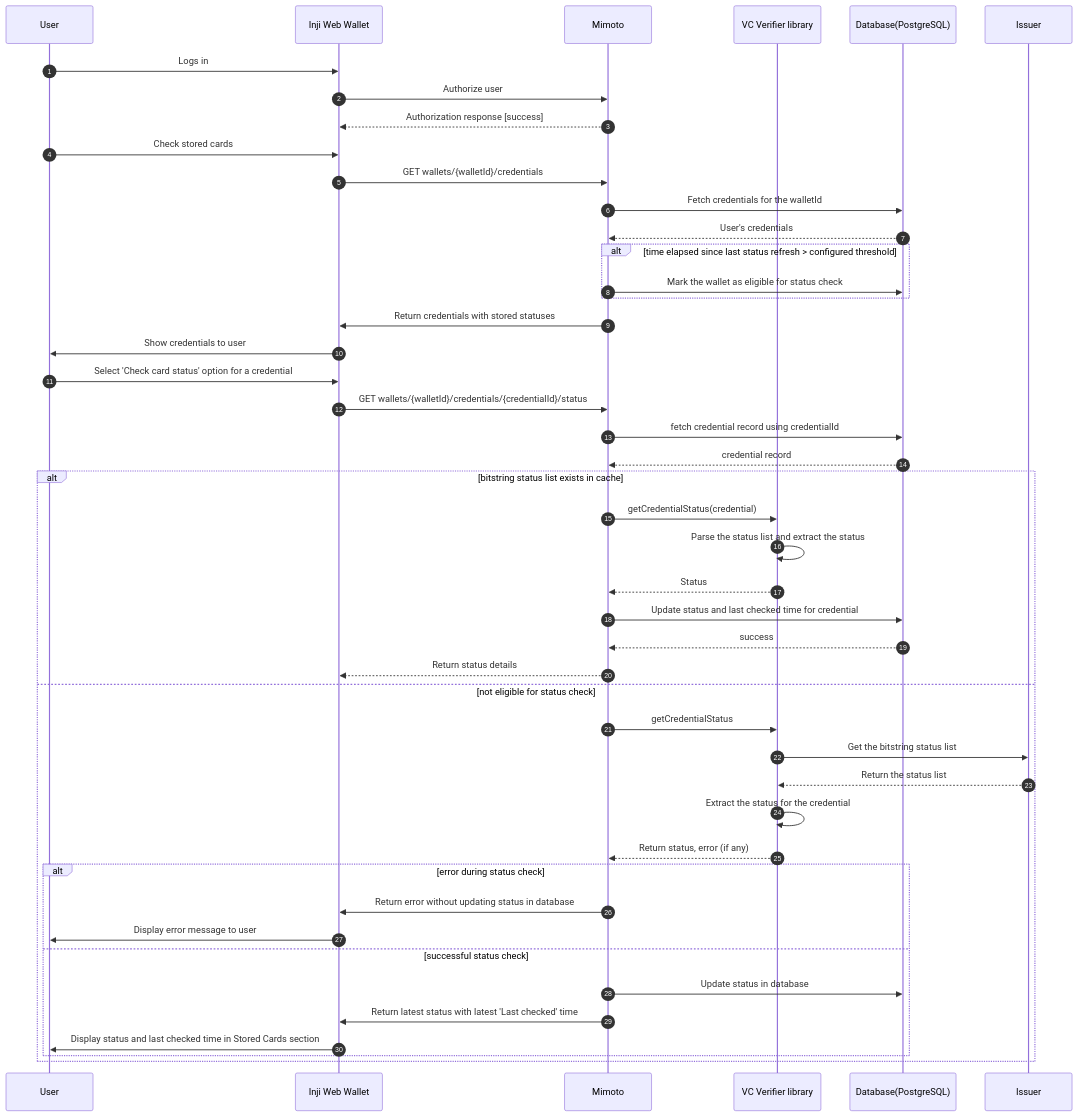
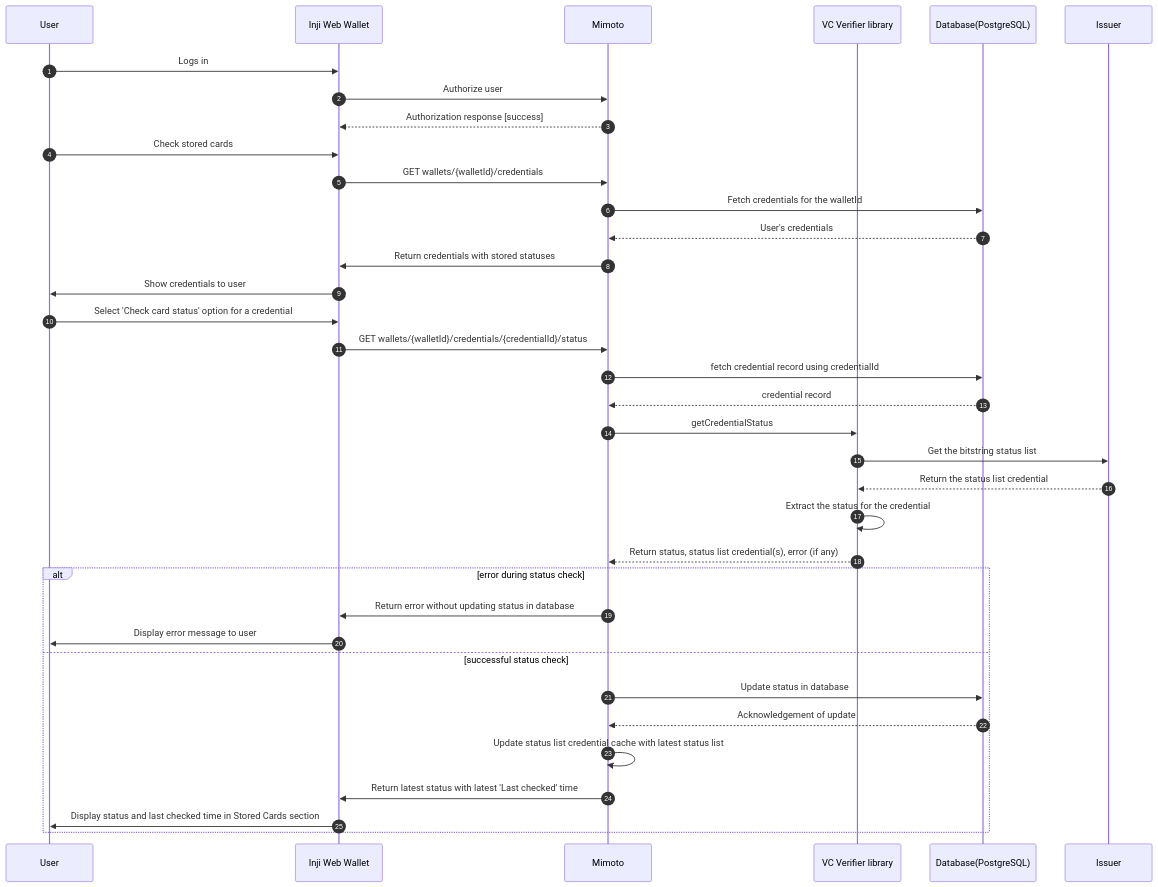
The second of 3 diagrams in docs/VCStatusCheckDesign.md (inji/mimoto), drawn with Mermaid before and after one commit. The commit also changed other lines of this file, not shown here.

Commit message:
[INJIWEB-1793] Remove cache check from check card status flow

````diff
--- a/docs/VCStatusCheckDesign.md
+++ b/docs/VCStatusCheckDesign.md
@@ -68,50 +70,39 @@
 ```mermaid
 sequenceDiagram
     autonumber
     participant User
     participant InjiWeb as Inji Web Wallet
     participant Mimoto
     participant VCVerifier as VC Verifier library
     participant Database as Database(PostgreSQL)
     participant Issuer
 
     User->>InjiWeb: Logs in
     InjiWeb->>Mimoto: Authorize user
     Mimoto-->> InjiWeb: Authorization response [success]
     User->>InjiWeb: Check stored cards
     InjiWeb->>Mimoto: GET wallets/{walletId}/credentials
     Mimoto->>Database: Fetch credentials for the walletId
     Database-->>Mimoto: User's credentials
-
-    alt time elapsed since last status refresh > configured threshold
-        Mimoto->>Database: Mark the wallet as eligible for status check
-    end
     Mimoto->>InjiWeb: Return credentials with stored statuses
     InjiWeb->>User: Show credentials to user
     User->>InjiWeb: Select 'Check card status' option for a credential
     InjiWeb->>Mimoto: GET wallets/{walletId}/credentials/{credentialId}/status
     Mimoto->>Database: fetch credential record using credentialId
     Database-->>Mimoto: credential record
-    alt bitstring status list exists in cache
-        Mimoto->>VCVerifier: getCredentialStatus(credential)
-        VCVerifier->>VCVerifier: Parse the status list and extract the status
-        VCVerifier-->>Mimoto: Status
-        Mimoto->>Database: Update status and last checked time for credential
-        Database-->>Mimoto: success
-        Mimoto-->>InjiWeb: Return status details
-    else not eligible for status check
-        Mimoto->>VCVerifier: getCredentialStatus
-        VCVerifier->>Issuer: Get the bitstring status list
-        Issuer-->>VCVerifier: Return the status list
-        VCVerifier->>VCVerifier: Extract the status for the credential
-        VCVerifier-->>Mimoto: Return status, error (if any)
-        alt error during status check
-            Mimoto->>InjiWeb: Return error without updating status in database
-            InjiWeb->>User: Display error message to user
-        else successful status check
-            Mimoto->>Database: Update status in database
-            Mimoto->>InjiWeb: Return latest status with latest 'Last checked' time
-            InjiWeb->>User: Display status and last checked time in Stored Cards section
-        end
+    Mimoto->>VCVerifier: getCredentialStatus
+    VCVerifier->>Issuer: Get the bitstring status list
+    Issuer-->>VCVerifier: Return the status list credential
+    VCVerifier->>VCVerifier: Extract the status for the credential
+    VCVerifier-->>Mimoto: Return status, status list credential(s), error (if any)
+    alt error during status check
+        Mimoto->>InjiWeb: Return error without updating status in database
+        InjiWeb->>User: Display error message to user
+    else successful status check
+        Mimoto->>Database: Update status in database
+        Database-->>Mimoto: Acknowledgement of update
+        Mimoto->>Mimoto: Update status list credential cache with latest status list
+        Mimoto->>InjiWeb: Return latest status with latest 'Last checked' time
+        InjiWeb->>User: Display status and last checked time in Stored Cards section
     end
 ```
````
